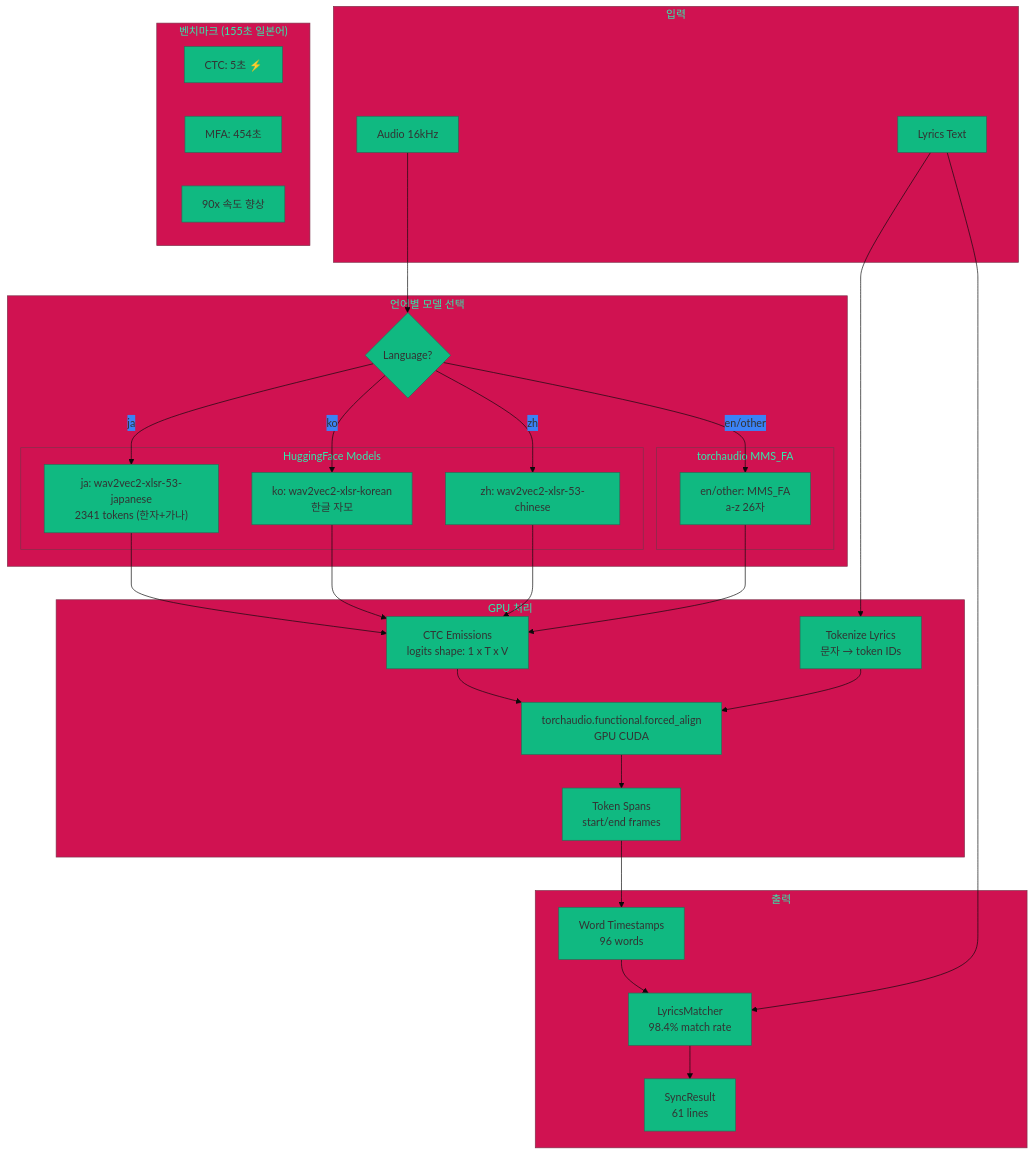
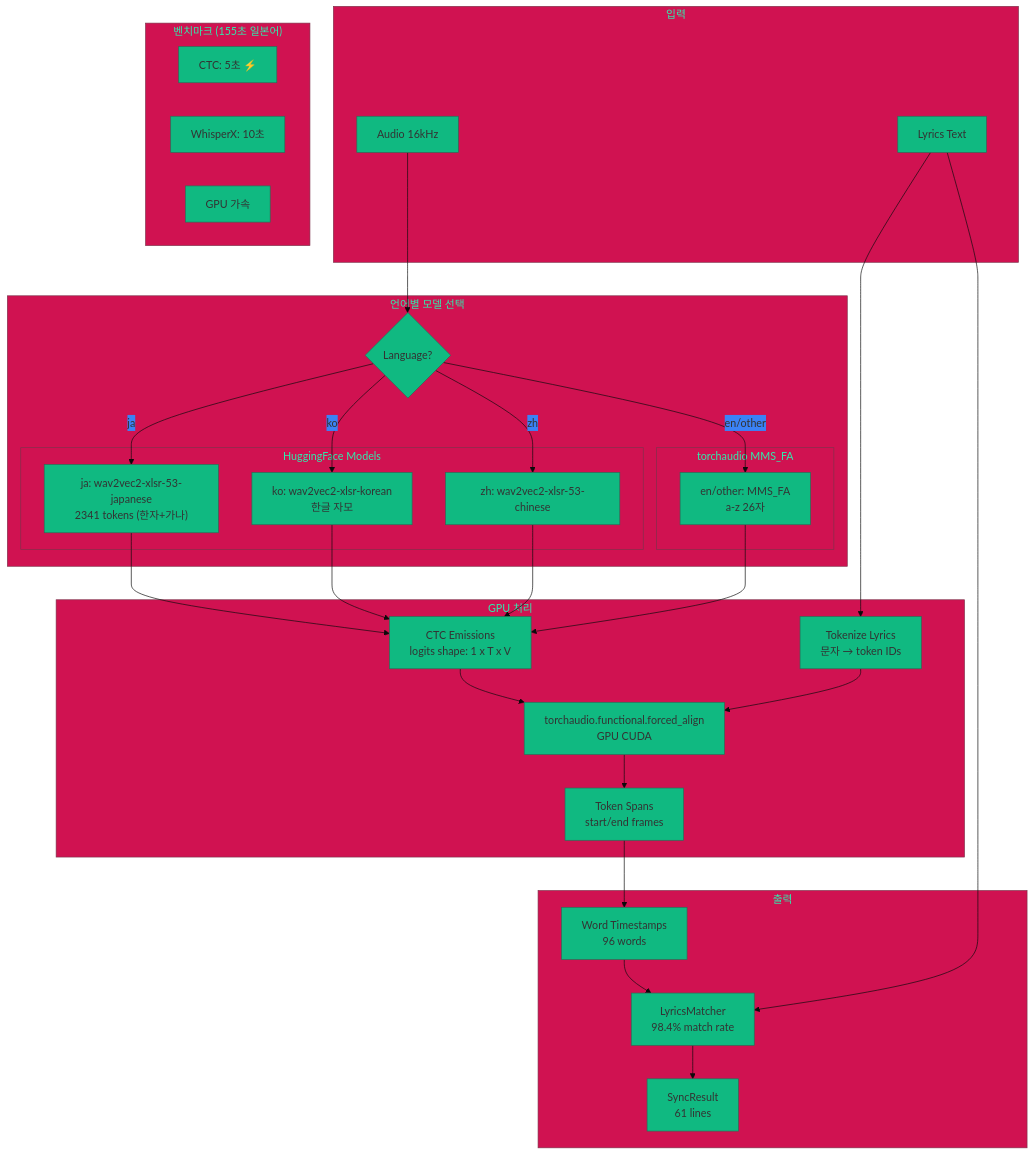
One commit to onpe5679/Everyric2 changed the diagram in diagrams/09_ctc_engine.mermaid. Above: the diagram before and after it, drawn with Mermaid. The commit also changed 3 other files, not shown here.

Commit message:
ctc다이어그램업데이트

```diff
--- a/diagrams/09_ctc_engine.mermaid
+++ b/diagrams/09_ctc_engine.mermaid
@@ -1,62 +1,62 @@
 %%{init: {'theme': 'base', 'themeVariables': { 'primaryColor': '#10B981', 'secondaryColor': '#3B82F6'}}}%%
 flowchart TD
     subgraph INPUT["입력"]
         A[Audio 16kHz]
         L[Lyrics Text]
     end
 
     subgraph LANG_SELECT["언어별 모델 선택"]
         LANG{Language?}
         
         subgraph HF["HuggingFace Models"]
             JA["ja: wav2vec2-xlsr-53-japanese<br/>2341 tokens (한자+가나)"]
             KO["ko: wav2vec2-xlsr-korean<br/>한글 자모"]
             ZH["zh: wav2vec2-xlsr-53-chinese"]
         end
         
         subgraph MMS["torchaudio MMS_FA"]
             EN["en/other: MMS_FA<br/>a-z 26자"]
         end
     end
 
     subgraph PROCESS["GPU 처리"]
         EMI[CTC Emissions<br/>logits shape: 1 x T x V]
         TOK[Tokenize Lyrics<br/>문자 → token IDs]
         FA[torchaudio.functional.forced_align<br/>GPU CUDA]
         SPANS[Token Spans<br/>start/end frames]
     end
 
     subgraph OUTPUT["출력"]
         WT[Word Timestamps<br/>96 words]
         MATCH[LyricsMatcher<br/>98.4% match rate]
         RESULT[SyncResult<br/>61 lines]
     end
 
     A --> LANG
     LANG -->|ja| JA
     LANG -->|ko| KO
     LANG -->|zh| ZH
     LANG -->|en/other| EN
     
     JA --> EMI
     KO --> EMI
     ZH --> EMI
     EN --> EMI
     
     L --> TOK
     
     EMI --> FA
     TOK --> FA
     
     FA --> SPANS
     SPANS --> WT
     
     WT --> MATCH
     L --> MATCH
     MATCH --> RESULT
 
     subgraph BENCHMARK["벤치마크 (155초 일본어)"]
         B1["CTC: 5초 ⚡"]
-        B2["MFA: 454초"]
-        B3["90x 속도 향상"]
+        B2["WhisperX: 10초"]
+        B3["GPU 가속"]
     end
```
